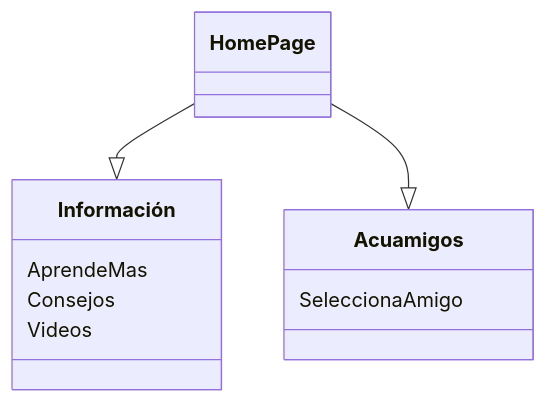
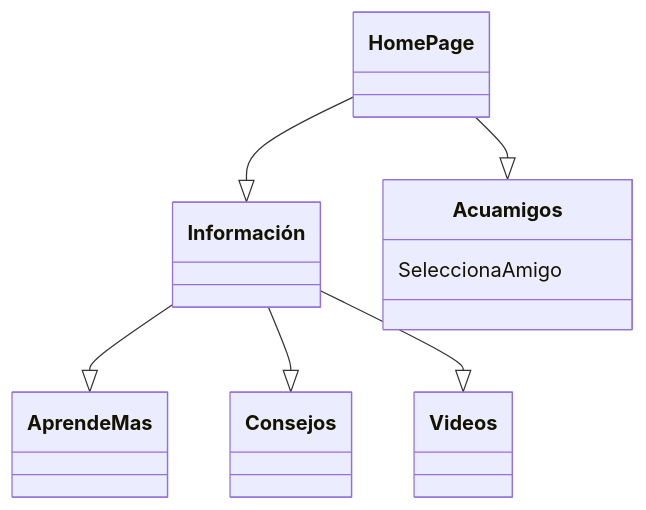
Before and after one commit to andrea-liliana/HackTheOcean: the diagram in readme.md, drawn with Mermaid.

````diff
--- a/readme.md
+++ b/readme.md
@@ -15,9 +15,9 @@
  ```mermaid
 classDiagram
 HomePage --|> Información
 HomePage --|> Acuamigos
+Información --|> AprendeMas
+Información --|> Consejos
+Información --|> Videos
 Acuamigos : SeleccionaAmigo
-Información : AprendeMas
-Información : Consejos
-Información : Videos
 ```
````
